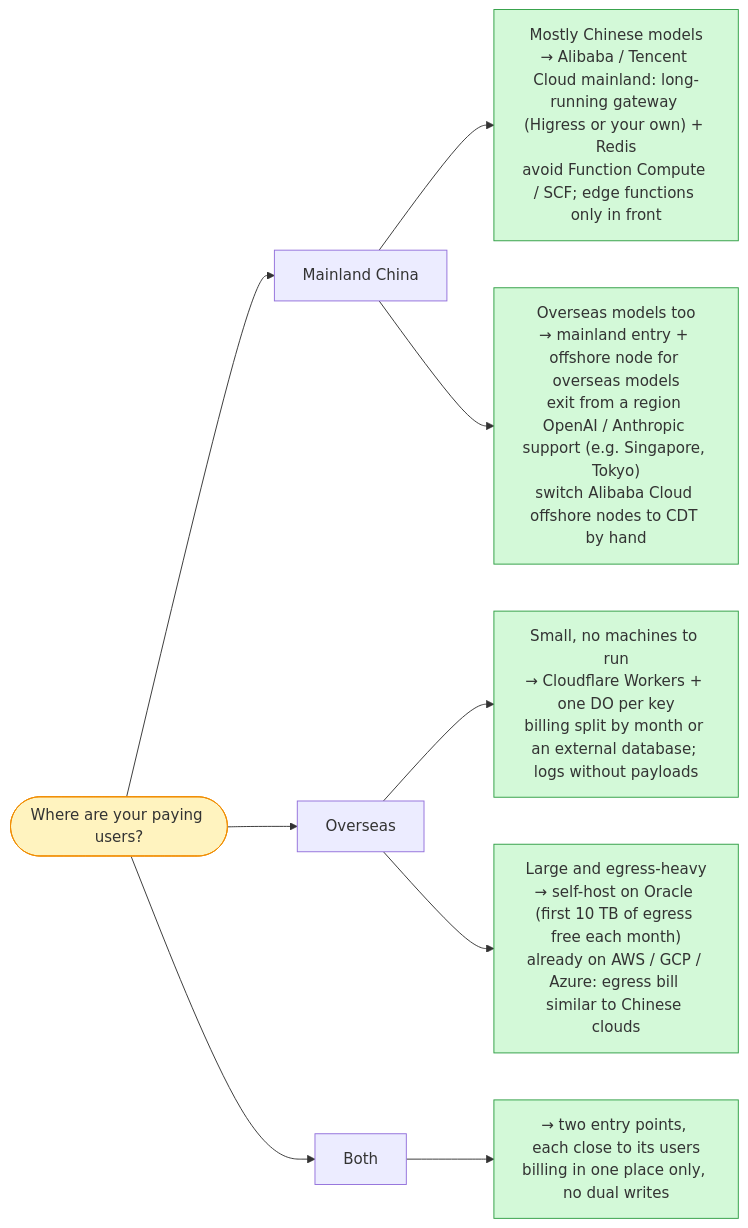
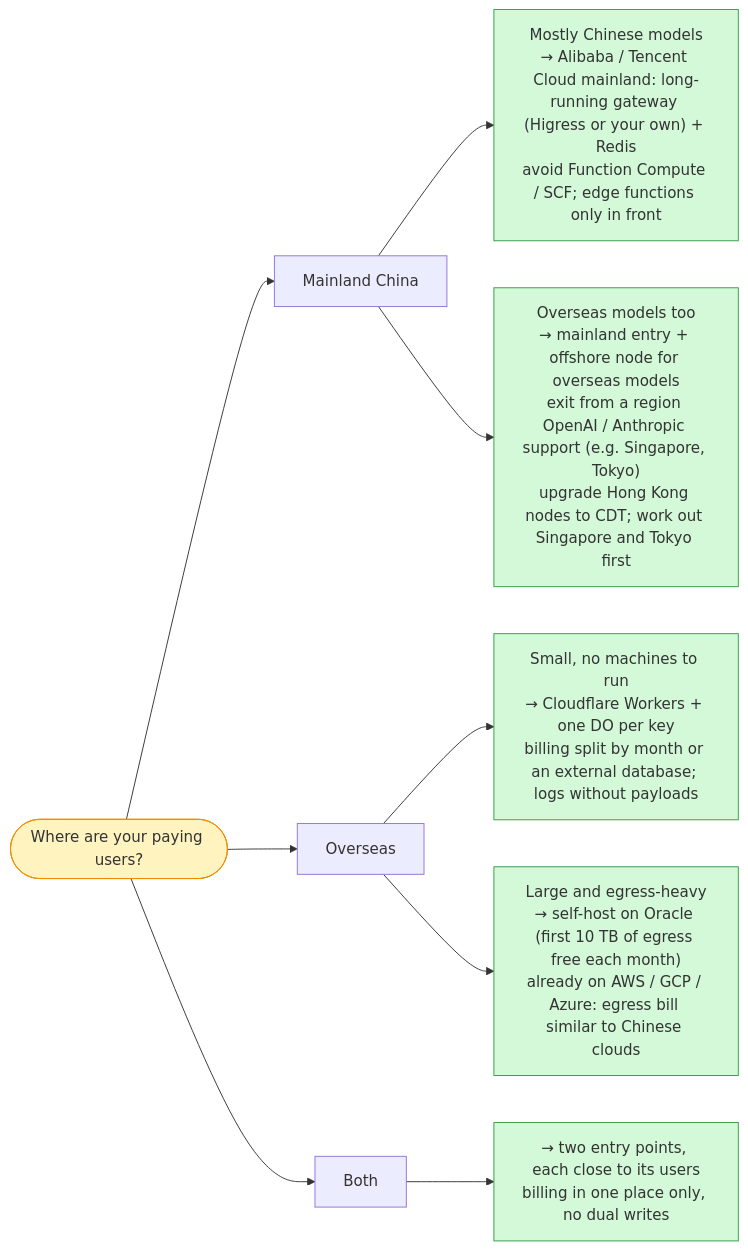
One commit to YouToco/zhuoqidev.com changed the second of 2 diagrams in src/content/posts/model-gateway-cloudflare-vs-china-cloud/en.md. Above: the diagram before and after it, drawn with Mermaid. The commit also changed other lines of this file and 7 other files, not shown here.

````diff
--- a/src/content/posts/model-gateway-cloudflare-vs-china-cloud/en.md
+++ b/src/content/posts/model-gateway-cloudflare-vs-china-cloud/en.md
@@ -471,14 +474,14 @@
 ```mermaid
 flowchart LR
     %% layout: tree
     Q(["Where are your paying users?"])
     Q --> CN["Mainland China"] --> CN1["Mostly Chinese models<br>→ Alibaba / Tencent Cloud mainland: long-running gateway (Higress or your own) + Redis<br>avoid Function Compute / SCF; edge functions only in front"]
-    CN --> CN2["Overseas models too<br>→ mainland entry + offshore node for overseas models<br>exit from a region OpenAI / Anthropic support (e.g. Singapore, Tokyo)<br>switch Alibaba Cloud offshore nodes to CDT by hand"]
+    CN --> CN2["Overseas models too<br>→ mainland entry + offshore node for overseas models<br>exit from a region OpenAI / Anthropic support (e.g. Singapore, Tokyo)<br>upgrade Hong Kong nodes to CDT; work out Singapore and Tokyo first"]
     Q --> OS["Overseas"] --> OS1["Small, no machines to run<br>→ Cloudflare Workers + one DO per key<br>billing split by month or an external database; logs without payloads"]
     OS --> OS2["Large and egress-heavy<br>→ self-host on Oracle (first 10 TB of egress free each month)<br>already on AWS / GCP / Azure: egress bill similar to Chinese clouds"]
     Q --> BOTH["Both"] --> BOTH1["→ two entry points, each close to its users<br>billing in one place only, no dual writes"]
     classDef q fill:#fff3bf,stroke:#f08c00
     classDef pick fill:#d3f9d8,stroke:#2f9e44
     class Q q
     class CN1,CN2,OS1,OS2,BOTH1 pick
 ```
````
